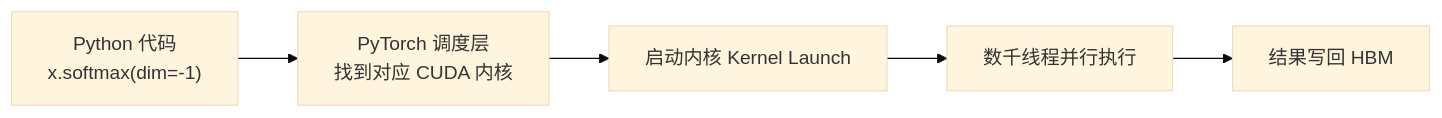
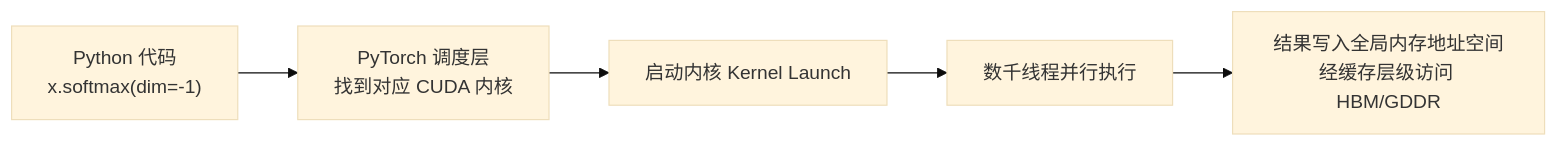
Before and after one commit to AI-learning-simple/Build-Your-Own-LLM: the third of 4 diagrams in 2. Alignment 与训练工程/9. 图形处理器（GPU）基础与算子——训练与推理的硬件基础.md, drawn with Mermaid (base theme). The commit also changed other lines of this file and 88 other files, not shown here.

````diff
--- a/2. Alignment 与训练工程/9. 图形处理器（GPU）基础与算子——训练与推理的硬件基础.md
+++ b/2. Alignment 与训练工程/9. 图形处理器（GPU）基础与算子——训练与推理的硬件基础.md
@@ -159,4 +163,4 @@
 ```mermaid
 flowchart LR
-    A["Python 代码<br/>x.softmax(dim=-1)"] --> B["PyTorch 调度层<br/>找到对应 CUDA 内核"] --> C["启动内核 Kernel Launch"] --> D["数千线程并行执行"] --> E["结果写回 HBM"]
+    A["Python 代码<br/>x.softmax(dim=-1)"] --> B["PyTorch 调度层<br/>找到对应 CUDA 内核"] --> C["启动内核 Kernel Launch"] --> D["数千线程并行执行"] --> E["结果写入全局内存地址空间<br/>经缓存层级访问 HBM/GDDR"]
 ```
````
